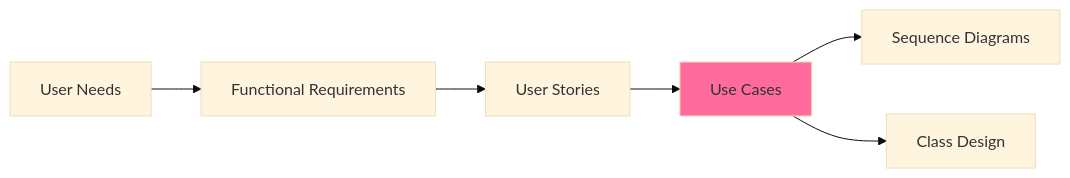
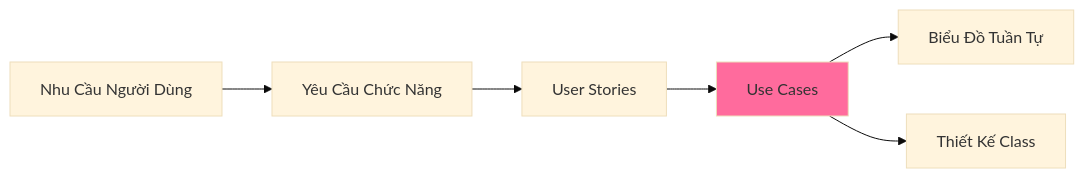
Before and after one commit to Ng0cTh4nhk5/ufpms-docs: the first of 2 diagrams in docs/05_Use_Cases/README.md, drawn with Mermaid (base theme). The commit also changed other lines of this file and 70 other files, not shown here.

````diff
--- a/docs/05_Use_Cases/README.md
+++ b/docs/05_Use_Cases/README.md
@@ -49,10 +49,10 @@
 ```mermaid
 graph LR
-    A[User Needs] --> B[Functional Requirements]
+    A[Nhu Cầu Người Dùng] --> B[Yêu Cầu Chức Năng]
     B --> C[User Stories]
     C --> D[Use Cases]
-    D --> E[Sequence Diagrams]
-    D --> F[Class Design]
+    D --> E[Biểu Đồ Tuần Tự]
+    D --> F[Thiết Kế Class]
     
     style D fill:#ff6b9d
 ```
````
